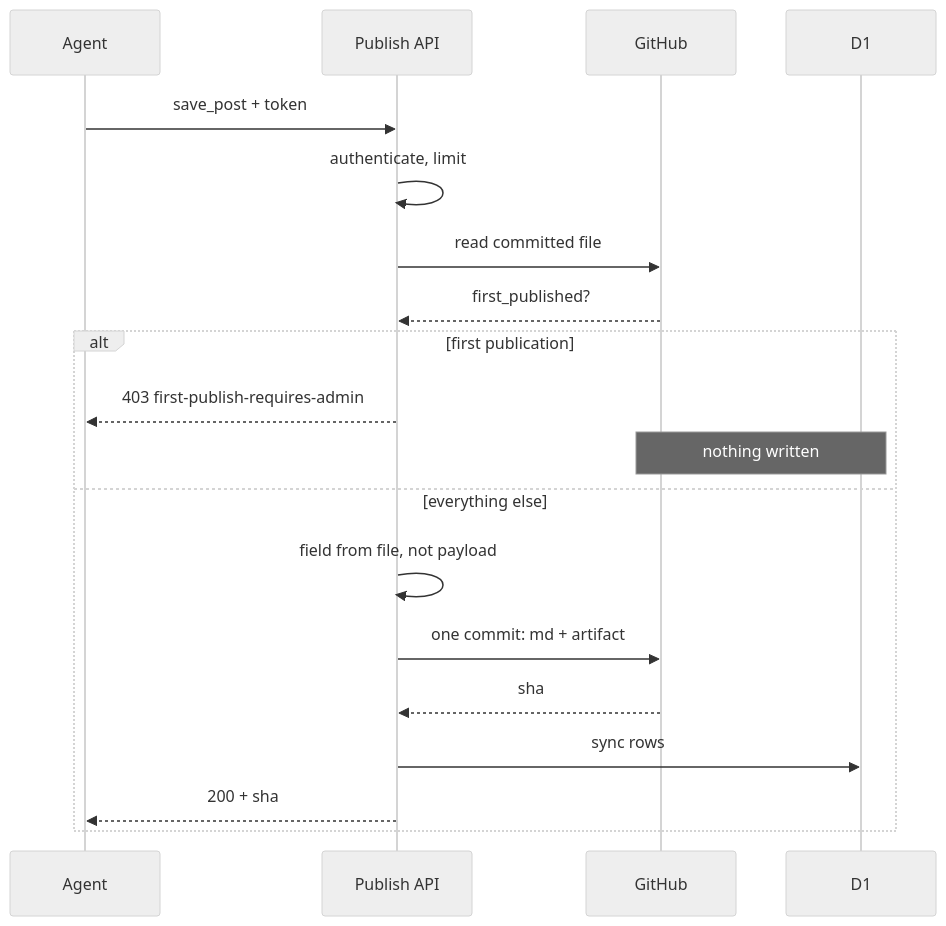
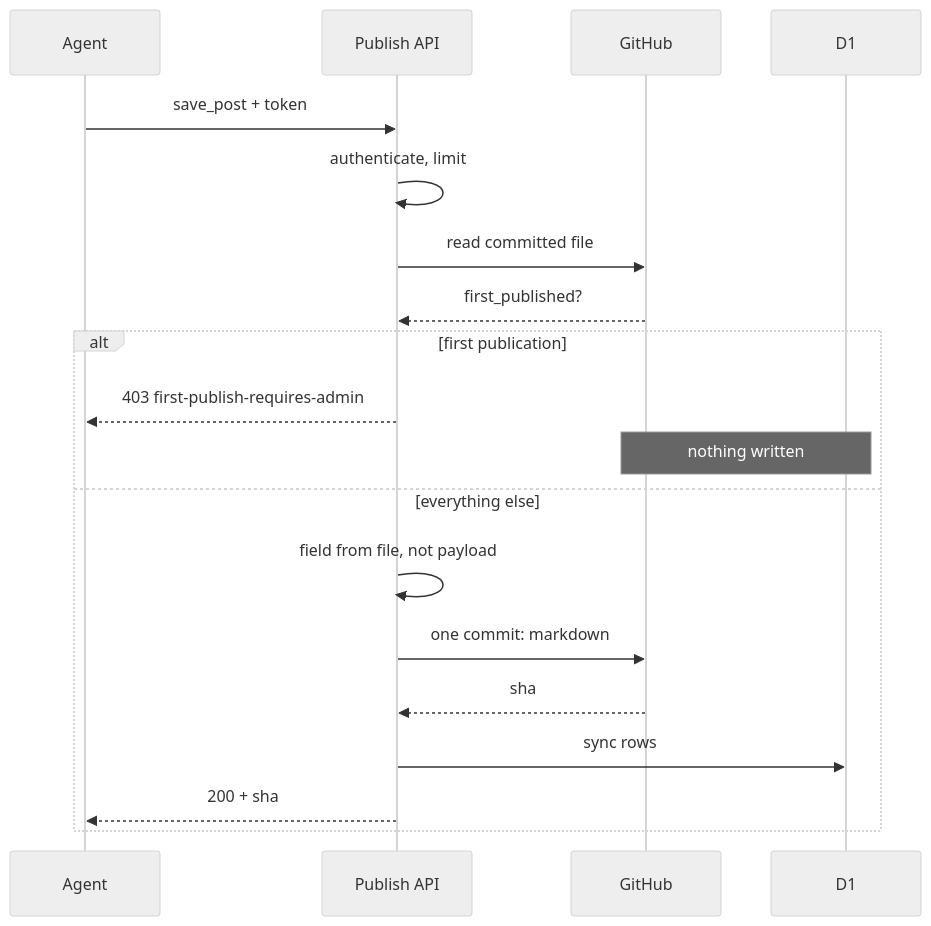
The diagram in content/posts/letting-an-agent-publish.md (DrDustinEdwards/dustinedwards-info), drawn with Mermaid (neutral theme) before and after one commit. The commit also changed other lines of this file and 5 other files, not shown here.

First line of the commit message:
The agent article's sequence diagram is redrawn for the current commit shape

````diff
--- a/content/posts/letting-an-agent-publish.md
+++ b/content/posts/letting-an-agent-publish.md
@@ -37,21 +37,21 @@
 ```mermaid
 sequenceDiagram
   participant A as Agent
   participant API as Publish API
   participant G as GitHub
   participant D as D1
   A->>API: save_post + token
   API->>API: authenticate, limit
   API->>G: read committed file
   G-->>API: first_published?
   alt first publication
     API-->>A: 403 first-publish-requires-admin
     Note over G,D: nothing written
   else everything else
     API->>API: field from file, not payload
-    API->>G: one commit: md + artifact
+    API->>G: one commit: markdown
     G-->>API: sha
     API->>D: sync rows
     API-->>A: 200 + sha
   end
 ```
````
